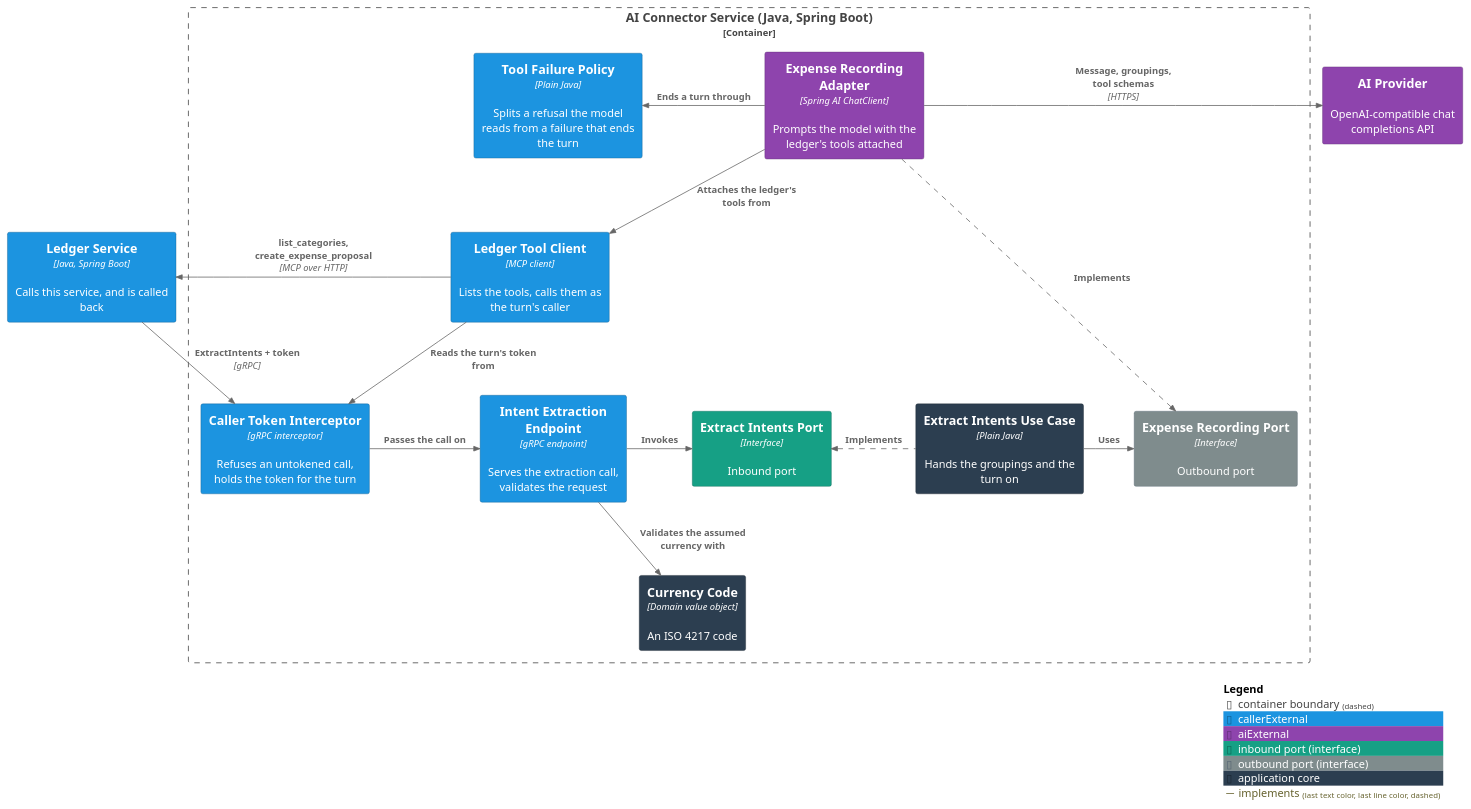
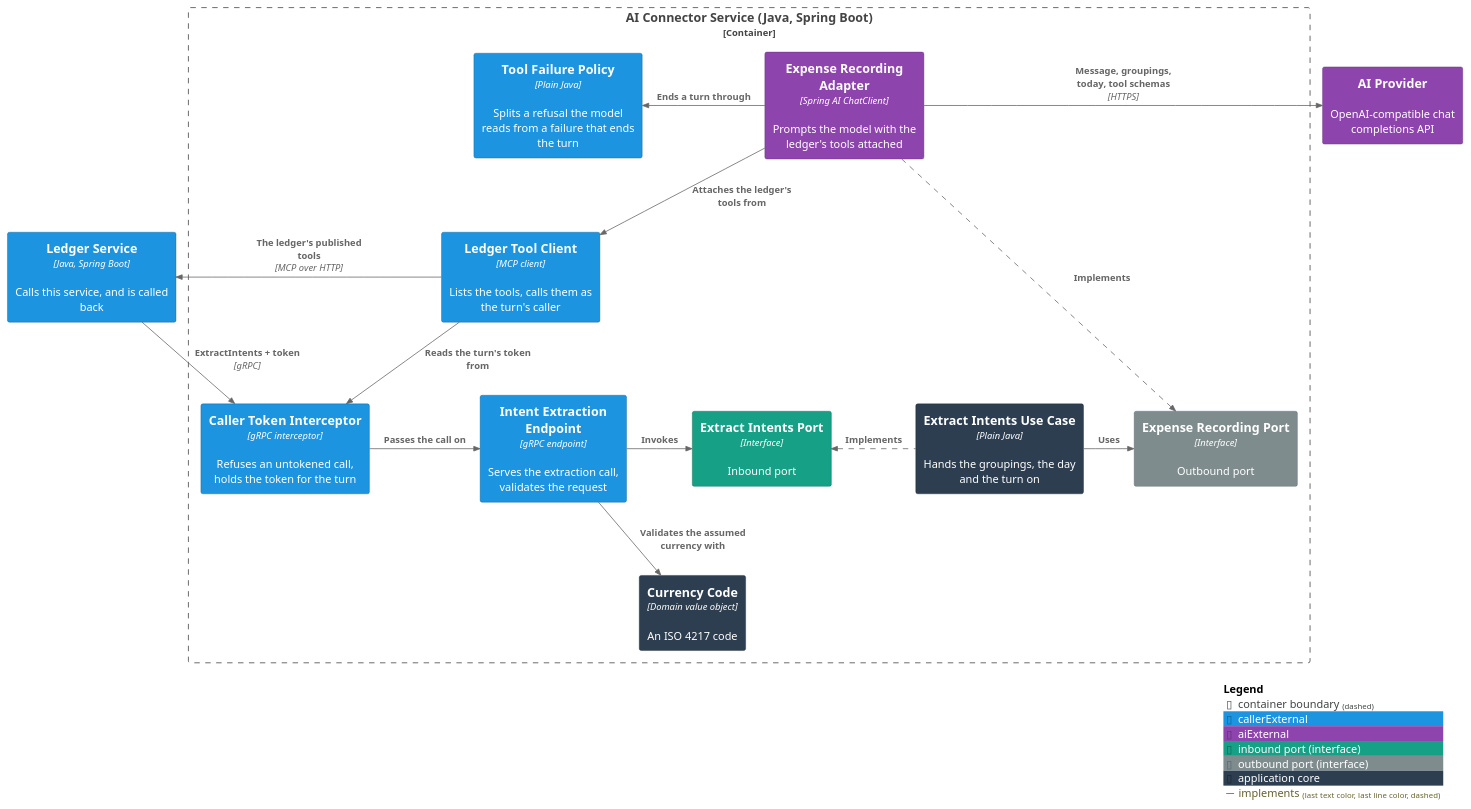
One commit to ds-usova/finance-bot changed the first of 2 diagrams in ai-connector-service/docs/usecases/extract-intents.md. Above: the diagram before and after it, drawn with PlantUML. The commit also changed other lines of this file and 166 other files, not shown here.

````diff
--- a/ai-connector-service/docs/usecases/extract-intents.md
+++ b/ai-connector-service/docs/usecases/extract-intents.md
@@ -55,47 +65,47 @@
 ```plantuml
 @startuml C3-Component-ExtractIntents
 !include <C4/C4_Component>
 
 AddElementTag("callerExternal", $bgColor="#1c94e0", $fontColor="#ffffff", $borderColor="#125d8c")
 AddElementTag("aiExternal", $bgColor="#8e44ad", $fontColor="#ffffff", $borderColor="#5f2f74")
 AddElementTag("portIn", $bgColor="#16a085", $fontColor="#ffffff", $borderColor="#0e6655", $legendText="inbound port (interface)")
 AddElementTag("portOut", $bgColor="#7f8c8d", $fontColor="#ffffff", $borderColor="#566573", $legendText="outbound port (interface)")
 AddElementTag("core", $bgColor="#2c3e50", $fontColor="#ffffff", $borderColor="#1b2631", $legendText="application core")
 
 AddRelTag("implements", $lineStyle="dashed")
 
 Container(ledger, "Ledger Service", "Java, Spring Boot", "Calls this service, and is called back", $tags="callerExternal")
 System_Ext(aiProvider, "AI Provider", "OpenAI-compatible chat completions API", $tags="aiExternal")
 
 Container_Boundary(aiConnector, "AI Connector Service (Java, Spring Boot)") {
   Component(tokenInterceptor, "Caller Token Interceptor", "gRPC interceptor", "Refuses an untokened call, holds the token for the turn", $tags="callerExternal")
   Component(grpcService, "Intent Extraction Endpoint", "gRPC endpoint", "Serves the extraction call, validates the request", $tags="callerExternal")
   Component(extractIntentsPort, "Extract Intents Port", "Interface", "Inbound port", $tags="portIn")
-  Component(useCase, "Extract Intents Use Case", "Plain Java", "Hands the groupings and the turn on", $tags="core")
+  Component(useCase, "Extract Intents Use Case", "Plain Java", "Hands the groupings, the day and the turn on", $tags="core")
   Component(currency, "Currency Code", "Domain value object", "An ISO 4217 code", $tags="core")
 
   Component(recordingPort, "Expense Recording Port", "Interface", "Outbound port", $tags="portOut")
   Component(recordingAdapter, "Expense Recording Adapter", "Spring AI ChatClient", "Prompts the model with the ledger's tools attached", $tags="aiExternal")
   Component(toolClient, "Ledger Tool Client", "MCP client", "Lists the tools, calls them as the turn's caller", $tags="callerExternal")
   Component(failurePolicy, "Tool Failure Policy", "Plain Java", "Splits a refusal the model reads from a failure that ends the turn", $tags="callerExternal")
 }
 
 Rel_R(ledger, tokenInterceptor, "ExtractIntents + token", "gRPC")
 Rel_R(tokenInterceptor, grpcService, "Passes the call on")
 Rel_R(grpcService, extractIntentsPort, "Invokes")
 Rel_D(grpcService, currency, "Validates the assumed currency with")
 Rel_L(useCase, extractIntentsPort, "Implements", $tags="implements")
 Rel_R(useCase, recordingPort, "Uses")
 Rel_R(recordingAdapter, recordingPort, "Implements", $tags="implements")
-Rel_R(recordingAdapter, aiProvider, "Message, groupings, tool schemas", "HTTPS")
+Rel_R(recordingAdapter, aiProvider, "Message, groupings, today, tool schemas", "HTTPS")
 Rel_L(recordingAdapter, toolClient, "Attaches the ledger's tools from")
 Rel_L(recordingAdapter, failurePolicy, "Ends a turn through")
 Rel_D(toolClient, tokenInterceptor, "Reads the turn's token from")
-Rel_L(toolClient, ledger, "list_categories, create_expense_proposal", "MCP over HTTP")
+Rel_L(toolClient, ledger, "The ledger's published tools", "MCP over HTTP")
 
 Lay_D(useCase, currency)
 Lay_D(recordingAdapter, toolClient)
 
 SHOW_LEGEND()
 @enduml
 ```
````
